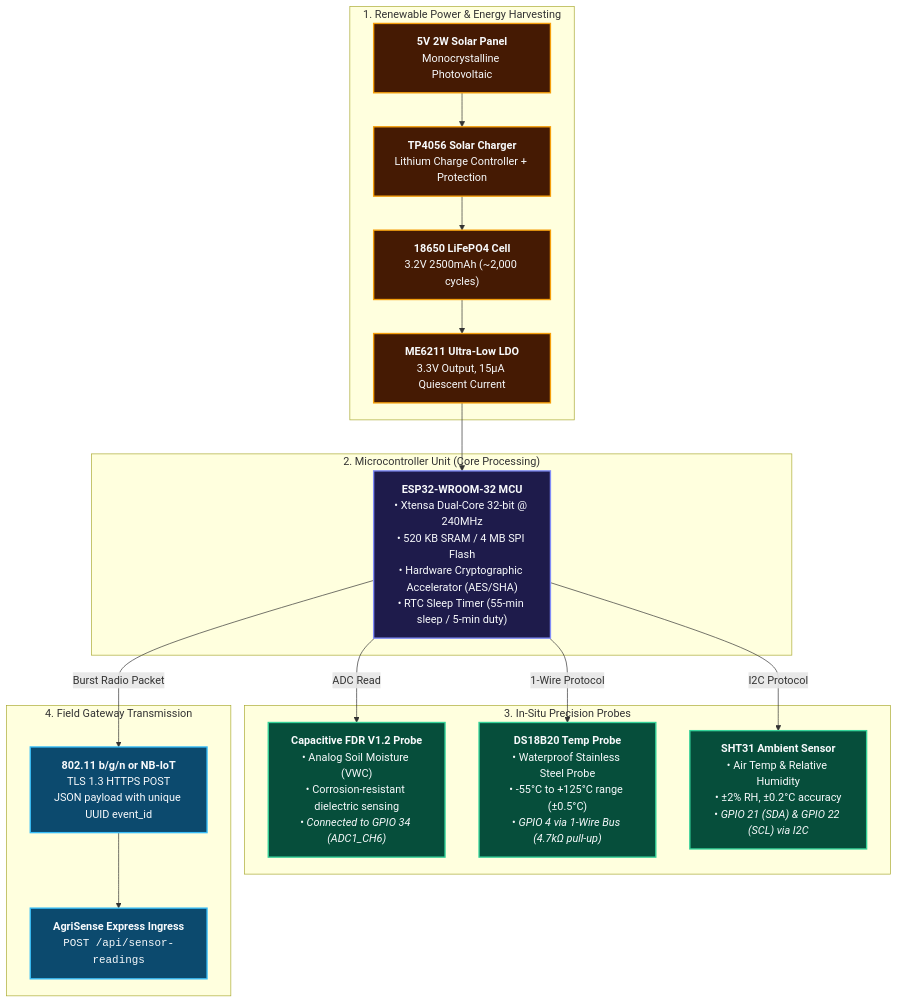
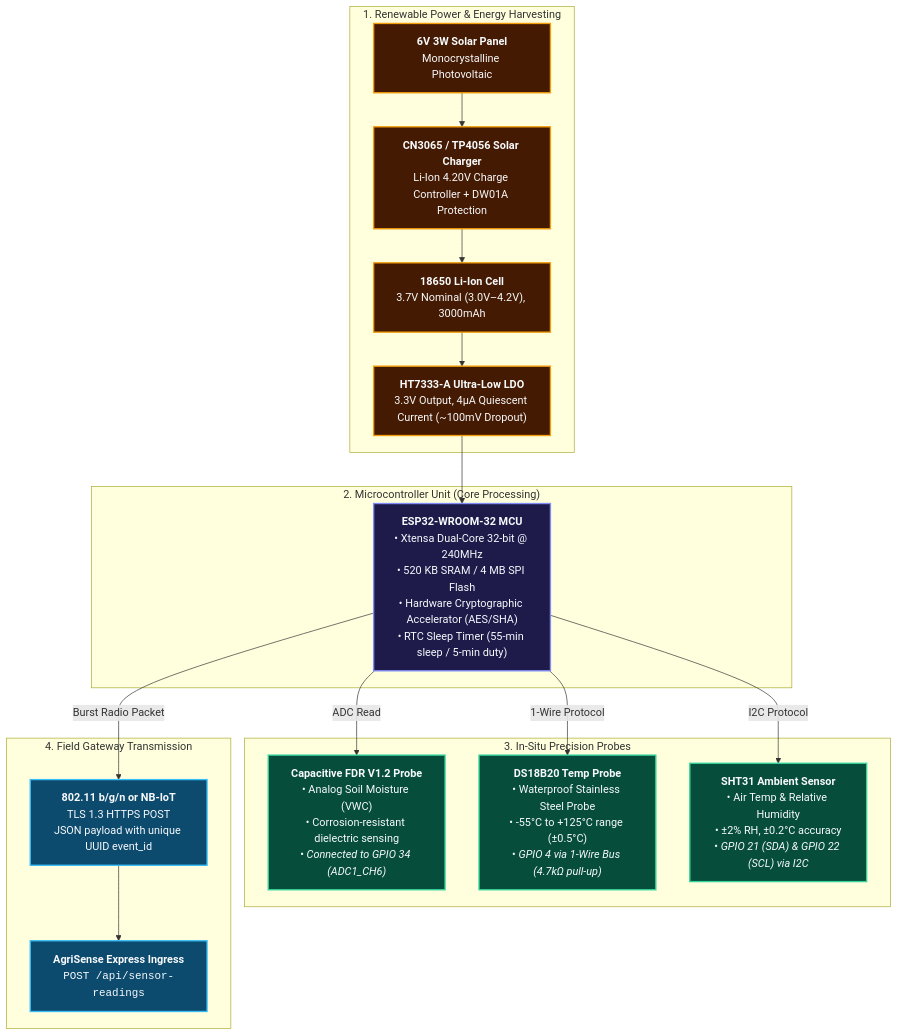
Before and after one commit to ASHIK311/agrisense-fusion: the fifth of 7 diagrams in documentation/ARCHITECTURE.md, drawn with Mermaid. The commit also changed other lines of this file and 7 other files, not shown here.

````diff
--- a/documentation/ARCHITECTURE.md
+++ b/documentation/ARCHITECTURE.md
@@ -282,35 +282,35 @@
 ```mermaid
 graph TB
   classDef mcuNode fill:#1e1b4b,stroke:#818cf8,stroke-width:2px,color:#f8fafc;
   classDef sensorNode fill:#064e3b,stroke:#34d399,stroke-width:2px,color:#f8fafc;
   classDef powerNode fill:#451a03,stroke:#f59e0b,stroke-width:2px,color:#f8fafc;
   classDef commNode fill:#0c4a6e,stroke:#38bdf8,stroke-width:2px,color:#f8fafc;
 
   subgraph PowerSubsystem["1. Renewable Power & Energy Harvesting"]
-    Solar["<b>5V 2W Solar Panel</b><br/>Monocrystalline Photovoltaic"]:::powerNode
-    TP4056["<b>TP4056 Solar Charger</b><br/>Lithium Charge Controller + Protection"]:::powerNode
-    Battery["<b>18650 LiFePO4 Cell</b><br/>3.2V 2500mAh (~2,000 cycles)"]:::powerNode
-    LDO["<b>ME6211 Ultra-Low LDO</b><br/>3.3V Output, 15µA Quiescent Current"]:::powerNode
+    Solar["<b>6V 3W Solar Panel</b><br/>Monocrystalline Photovoltaic"]:::powerNode
+    TP4056["<b>CN3065 / TP4056 Solar Charger</b><br/>Li-Ion 4.20V Charge Controller + DW01A Protection"]:::powerNode
+    Battery["<b>18650 Li-Ion Cell</b><br/>3.7V Nominal (3.0V–4.2V), 3000mAh"]:::powerNode
+    LDO["<b>HT7333-A Ultra-Low LDO</b><br/>3.3V Output, 4µA Quiescent Current (~100mV Dropout)"]:::powerNode
   end
 
   subgraph MCU["2. Microcontroller Unit (Core Processing)"]
     ESP32Core["<b>ESP32-WROOM-32 MCU</b><br/>• Xtensa Dual-Core 32-bit @ 240MHz<br/>• 520 KB SRAM / 4 MB SPI Flash<br/>• Hardware Cryptographic Accelerator (AES/SHA)<br/>• RTC Sleep Timer (55-min sleep / 5-min duty)"]:::mcuNode
   end
 
   subgraph SensorBus["3. In-Situ Precision Probes"]
     FDR["<b>Capacitive FDR V1.2 Probe</b><br/>• Analog Soil Moisture (VWC)<br/>• Corrosion-resistant dielectric sensing<br/>• <i>Connected to GPIO 34 (ADC1_CH6)</i>"]:::sensorNode
     DS18B20["<b>DS18B20 Temp Probe</b><br/>• Waterproof Stainless Steel Probe<br/>• -55°C to +125°C range (±0.5°C)<br/>• <i>GPIO 4 via 1-Wire Bus (4.7kΩ pull-up)</i>"]:::sensorNode
     SHT31["<b>SHT31 Ambient Sensor</b><br/>• Air Temp & Relative Humidity<br/>• ±2% RH, ±0.2°C accuracy<br/>• <i>GPIO 21 (SDA) & GPIO 22 (SCL) via I2C</i>"]:::sensorNode
   end
 
   subgraph TelemetryComm["4. Field Gateway Transmission"]
     WiFi["<b>802.11 b/g/n or NB-IoT</b><br/>TLS 1.3 HTTPS POST<br/>JSON payload with unique UUID event_id"]:::commNode
     Endpoint["<b>AgriSense Express Ingress</b><br/><code>POST /api/sensor-readings</code>"]:::commNode
   end
 
   Solar --> TP4056 --> Battery --> LDO --> ESP32Core
   ESP32Core -->|ADC Read| FDR
   ESP32Core -->|1-Wire Protocol| DS18B20
   ESP32Core -->|I2C Protocol| SHT31
   ESP32Core -->|Burst Radio Packet| WiFi --> Endpoint
 ```
````
